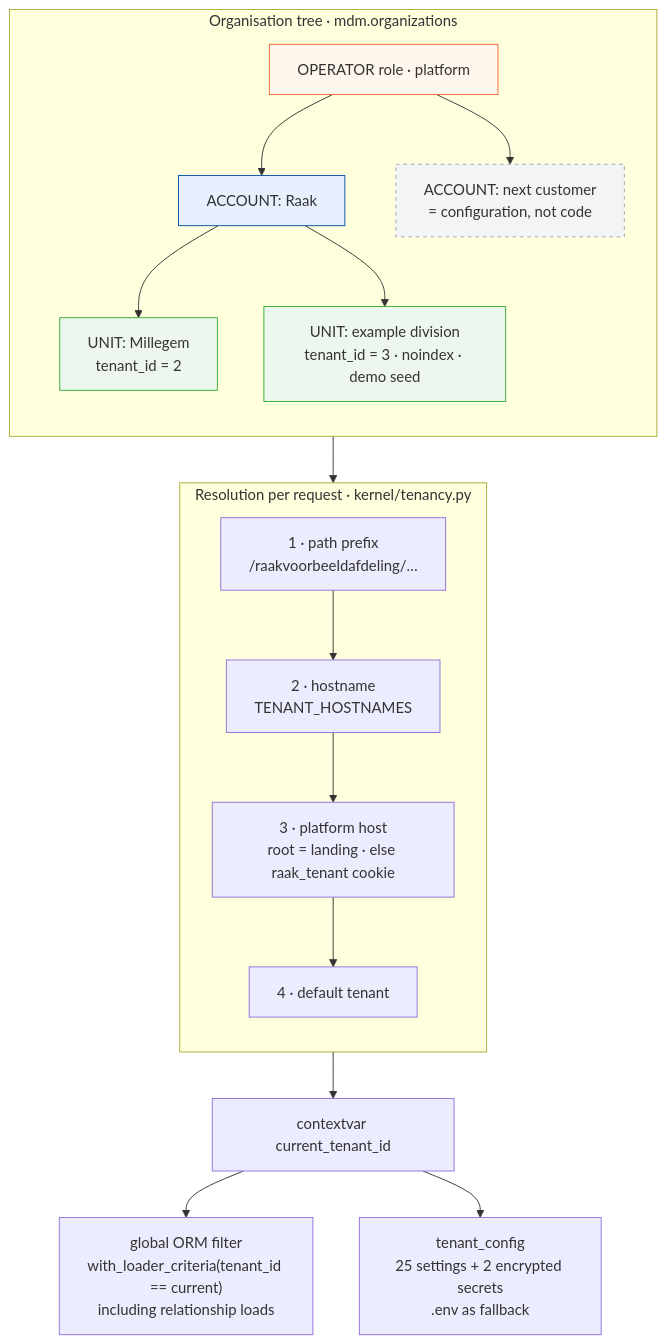
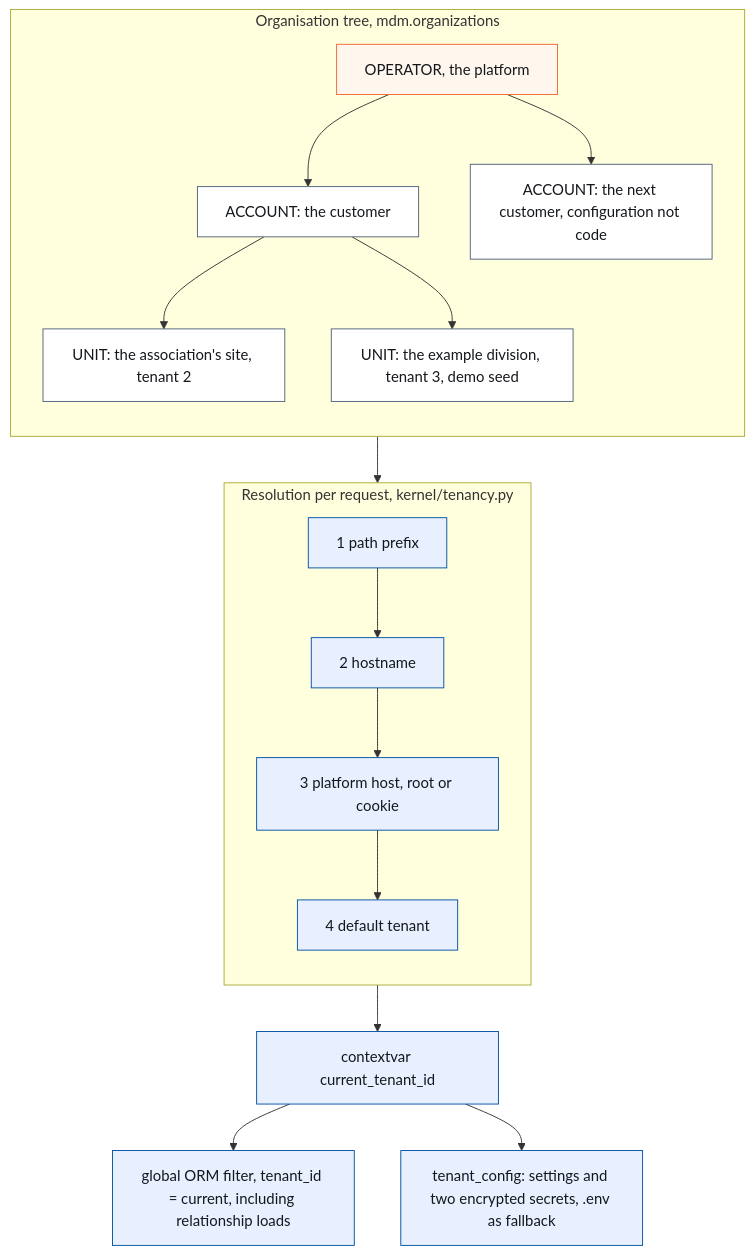
Diagram 18 of 28 in docs/architecture.md (KoenRenders/KoenTest), drawn with Mermaid before and after one commit. The commit also changed other lines of this file and 71 other files, not shown here.

First line of the commit message:
docs: the restructured architecture document replaces docs/architecture.md

````diff
--- a/docs/architecture.md
+++ b/docs/architecture.md
@@ -468,23 +864,23 @@
 ```mermaid
 flowchart TB
-  subgraph H["Organisation tree · mdm.organizations"]
+  subgraph H["Organisation tree, mdm.organizations"]
     direction TB
-    OP["OPERATOR role · platform"]:::o --> A1["ACCOUNT: Raak"]:::a
-    A1 --> U1["UNIT: Millegem<br/>tenant_id = 2"]:::u
-    A1 --> U2["UNIT: example division<br/>tenant_id = 3 · noindex · demo seed"]:::u
-    OP --> A2["ACCOUNT: next customer<br/>= configuration, not code"]:::a2
+    OP["OPERATOR, the platform"] --> A1["ACCOUNT: the customer"]
+    A1 --> U1["UNIT: the association's site, tenant 2"]
+    A1 --> U2["UNIT: the example division, tenant 3, demo seed"]
+    OP --> A2["ACCOUNT: the next customer, configuration not code"]
   end
-  subgraph RES["Resolution per request · kernel/tenancy.py"]
+  subgraph RES["Resolution per request, kernel/tenancy.py"]
     direction TB
-    P["1 · path prefix<br/>/raakvoorbeeldafdeling/…"] --> HN["2 · hostname<br/>TENANT_HOSTNAMES"]
-    HN --> PH["3 · platform host<br/>root = landing · else raak_tenant cookie"] --> DF["4 · default tenant"]
+    P["1 path prefix"] --> HN["2 hostname"] --> PH["3 platform host, root or cookie"] --> DF["4 default tenant"]
   end
-  H --> RES
-  RES --> CV["contextvar current_tenant_id"]
-  CV --> F["global ORM filter<br/>with_loader_criteria(tenant_id == current)<br/>including relationship loads"]
-  CV --> CFG["tenant_config<br/>25 settings + 2 encrypted secrets<br/>.env as fallback"]
-  classDef o fill:#fff7ed,stroke:#f16532
-  classDef a fill:#e8f0ff,stroke:#0051a4
-  classDef a2 fill:#f3f4f6,stroke:#9ca3af,stroke-dasharray:4
-  classDef u fill:#eef7ee,stroke:#3a3
+  H --> RES --> CV["contextvar current_tenant_id"]
+  CV --> F["global ORM filter, tenant_id = current, including relationship loads"]
+  CV --> CFG["tenant_config: settings and two encrypted secrets, .env as fallback"]
+  classDef kernel fill:#e8f0ff,stroke:#0051a4,color:#14171c;
+  classDef domain fill:#ffffff,stroke:#52607a,color:#14171c;
+  classDef external fill:#fff7ed,stroke:#f16532,color:#14171c;
+  class CV,F,CFG,P,HN,PH,DF kernel
+  class A1,U1,U2,A2 domain
+  class OP external
 ```
````
